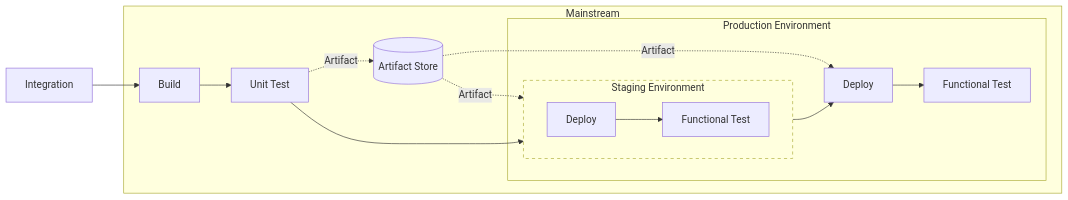
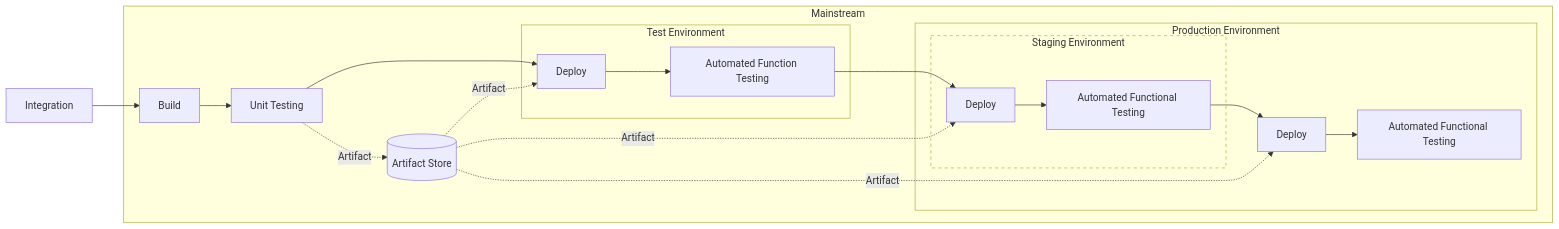
One commit to gyuwon/ArchitecturalRunwayGuidelines changed diagram 26 of 27 in README.md. Above: the diagram before and after it, drawn with Mermaid. The commit also changed other lines of this file, not shown here.

````diff
--- a/README.md
+++ b/README.md
@@ -822,25 +824,29 @@
 ```mermaid
 flowchart LR
 
 i[Integration]-->pb[Build]
 
 as[(Artifact Store)]
 mut-.->|Artifact|as
 
 subgraph m[Mainstream]
-  pb-->mut[Unit Test]
-  mut-->sd[Deploy]
+  pb-->mut[Unit Testing]
+  mut-->td[Deploy]
+  subgraph t[Test Environment]
+    td[Deploy]-->tft[Automated Function Testing]
+  end
   subgraph p[Production Environment]
     subgraph s[Staging Environment]
-      direction LR
-      sd-->sft[Functional Test]
+      tft-->sd[Deploy]
+      sd-->sft[Automated Functional Testing]
     end
     sft-->pd[Deploy]
-    pd-->pft[Functional Test]
+    pd-->pft[Automated Functional Testing]
   end
+  as-.->|Artifact|td
+  as-.->|Artifact|sd
   as-.->|Artifact|pd
-  as-.->|Artifact|sd
 end
 
 style s stroke-dasharray: 5 5
 ```
````
